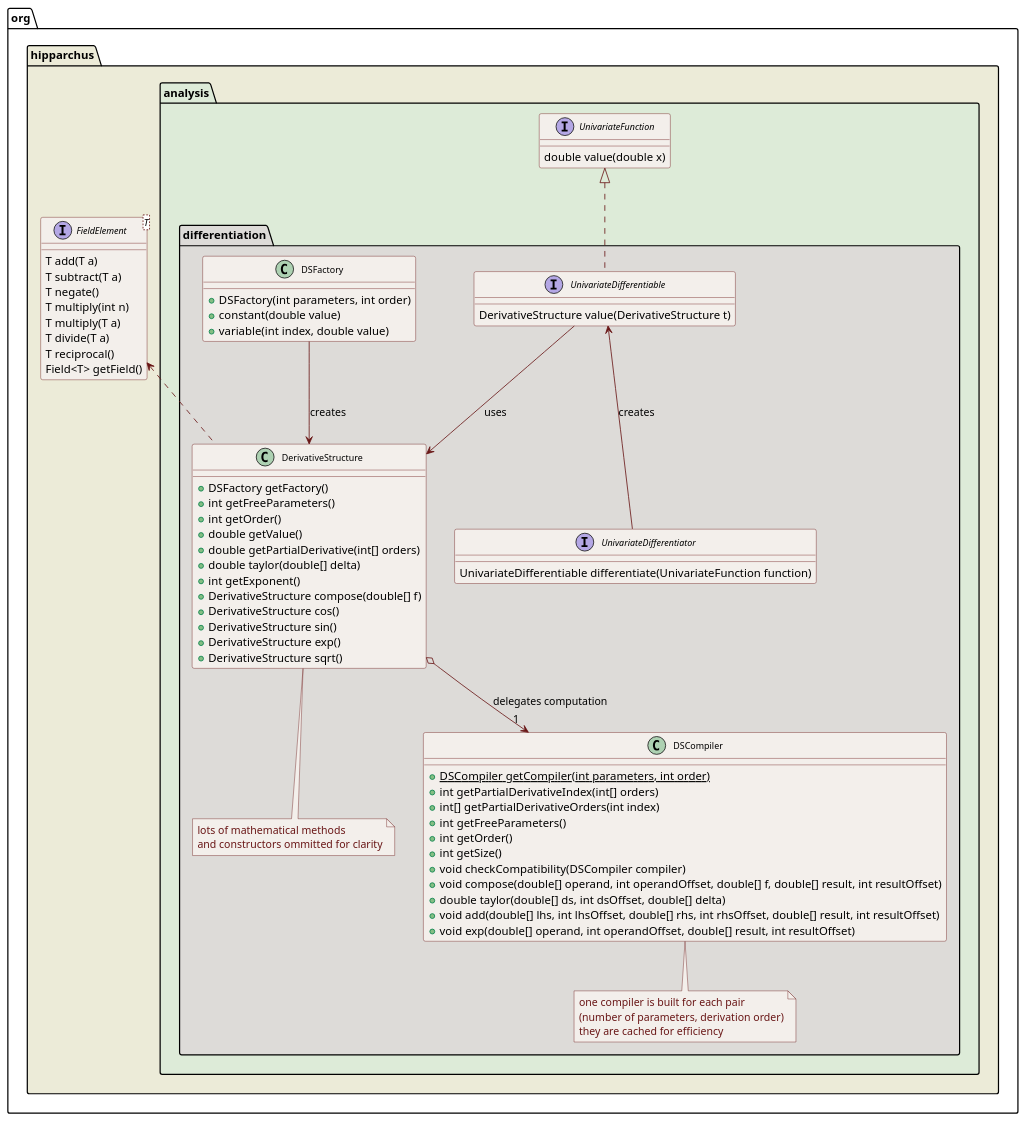
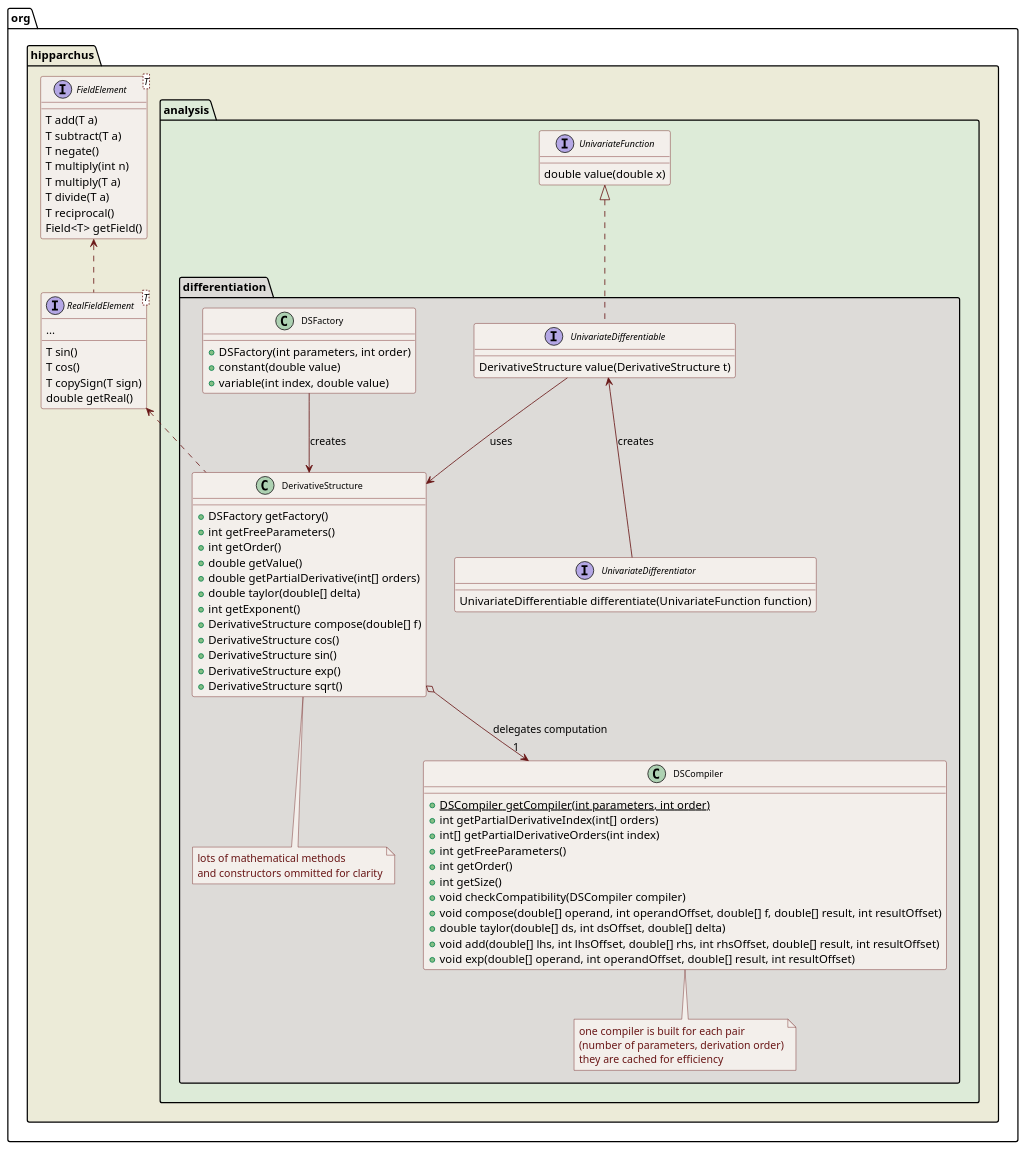
One commit to Hipparchus-Math/hipparchus changed the diagram in src/site/design/differentiation.puml. Above: the diagram before and after it, drawn with PlantUML.

Commit message:
Updated differentiation class diagram.

```diff
--- a/src/site/design/differentiation.puml
+++ b/src/site/design/differentiation.puml
@@ -16,95 +16,104 @@
 @startuml
 
   skinparam svek                  true
   skinparam ClassBackgroundColor  #F3EFEB
   skinparam ClassArrowColor       #691616
   skinparam ClassBorderColor      #691616
   skinparam NoteBackgroundColor   #F3EFEB
   skinparam NoteBorderColor       #691616
   skinparam NoteFontColor         #691616
   skinparam ClassFontSize         11
 
   package org.hipparchus #ECEBD8 {
 
     interface "FieldElement<T>" as FieldElement_T_ {
       T add(T a)
       T subtract(T a)
       T negate()
       T multiply(int n)
       T multiply(T a)
       T divide(T a)
       T reciprocal()
       Field<T> getField()
+    }
+
+    interface "RealFieldElement<T>" as RealFieldElement_T_ {
+      T sin()
+      T cos()
+      ...
+      T copySign(T sign)
+      double getReal()
     }
 
     package analysis #DDEBD8  {
       interface UnivariateFunction {
         double value(double x)
       }
 
       package differentiation #DDDBD8 {
 
         class DSFactory {
           +DSFactory(int parameters, int order)
           +constant(double value)
           +variable(int index, double value)
         }
 
         class DerivativeStructure {
           +DSFactory getFactory()
           +int getFreeParameters()
           +int getOrder()
           +double getValue()
           +double getPartialDerivative(int[] orders)
           +double taylor(double[] delta)
           +int getExponent()
           +DerivativeStructure compose(double[] f)
           +DerivativeStructure cos()
           +DerivativeStructure sin()
           +DerivativeStructure exp()
           +DerivativeStructure sqrt()
         }
         note bottom
           lots of mathematical methods
           and constructors ommitted for clarity
         end note
 
         class DSCompiler {
           {static} +DSCompiler getCompiler(int parameters, int order)
           +int getPartialDerivativeIndex(int[] orders)
           +int[] getPartialDerivativeOrders(int index)
           +int getFreeParameters()
           +int getOrder()
           +int getSize()
           +void checkCompatibility(DSCompiler compiler)
           +void compose(double[] operand, int operandOffset, double[] f, double[] result, int resultOffset)
           +double taylor(double[] ds, int dsOffset, double[] delta)
           +void add(double[] lhs, int lhsOffset, double[] rhs, int rhsOffset, double[] result, int resultOffset)
           +void exp(double[] operand, int operandOffset, double[] result, int resultOffset)
         }
         note bottom
           one compiler is built for each pair
           (number of parameters, derivation order)
           they are cached for efficiency
         end note
 
         interface UnivariateDifferentiable {
           DerivativeStructure value(DerivativeStructure t)
         }
 
         interface UnivariateDifferentiator {
           UnivariateDifferentiable differentiate(UnivariateFunction function)
         }
 
-        FieldElement_T_     <..      DerivativeStructure
+        FieldElement_T_     <..      RealFieldElement_T_
+        RealFieldElement_T_     <..      DerivativeStructure
         DSFactory           --> DerivativeStructure : creates
         DerivativeStructure o--> "1" DSCompiler : delegates computation
         UnivariateFunction  <|..     UnivariateDifferentiable
         UnivariateDifferentiable <-- UnivariateDifferentiator : creates
         UnivariateDifferentiable --> DerivativeStructure : uses
 
       }
     }
   }
 
 @enduml
```
